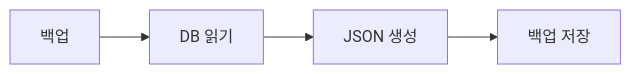
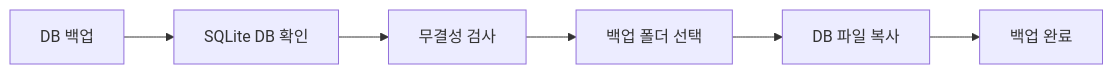
Before and after one commit to PKT0623/PixivLocalManager: the ninth of 13 diagrams in docs/03_SYSTEM_FLOW.md, drawn with Mermaid. The commit also changed other lines of this file and 11 other files, not shown here.

````diff
--- a/docs/03_SYSTEM_FLOW.md
+++ b/docs/03_SYSTEM_FLOW.md
@@ -144,11 +207,15 @@
 ```mermaid
 flowchart LR
 
-A[백업]
+A[DB 백업]
 
-A --> B[DB 읽기]
+A --> B[SQLite DB 확인]
 
-B --> C[JSON 생성]
+B --> C[무결성 검사]
 
-C --> D[백업 저장]
+C --> D[백업 폴더 선택]
+
+D --> E[DB 파일 복사]
+
+E --> F[백업 완료]
 ```
````
